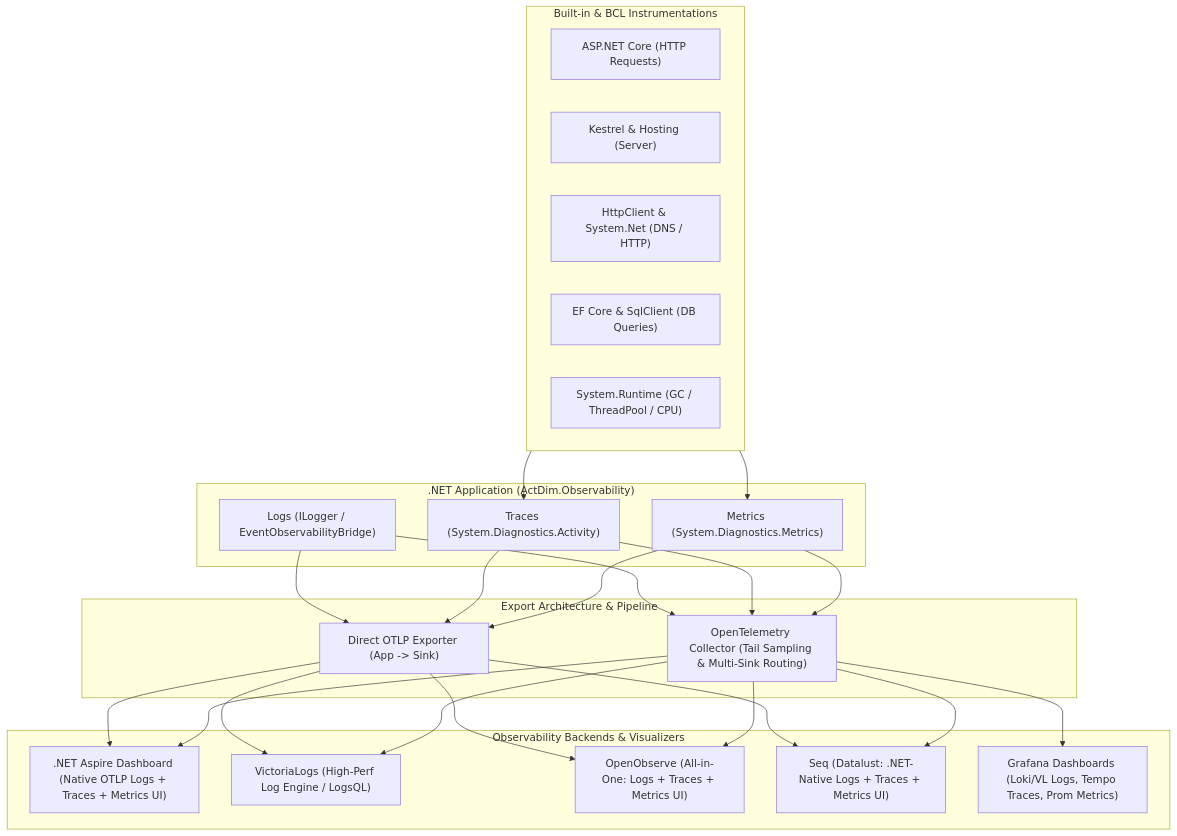
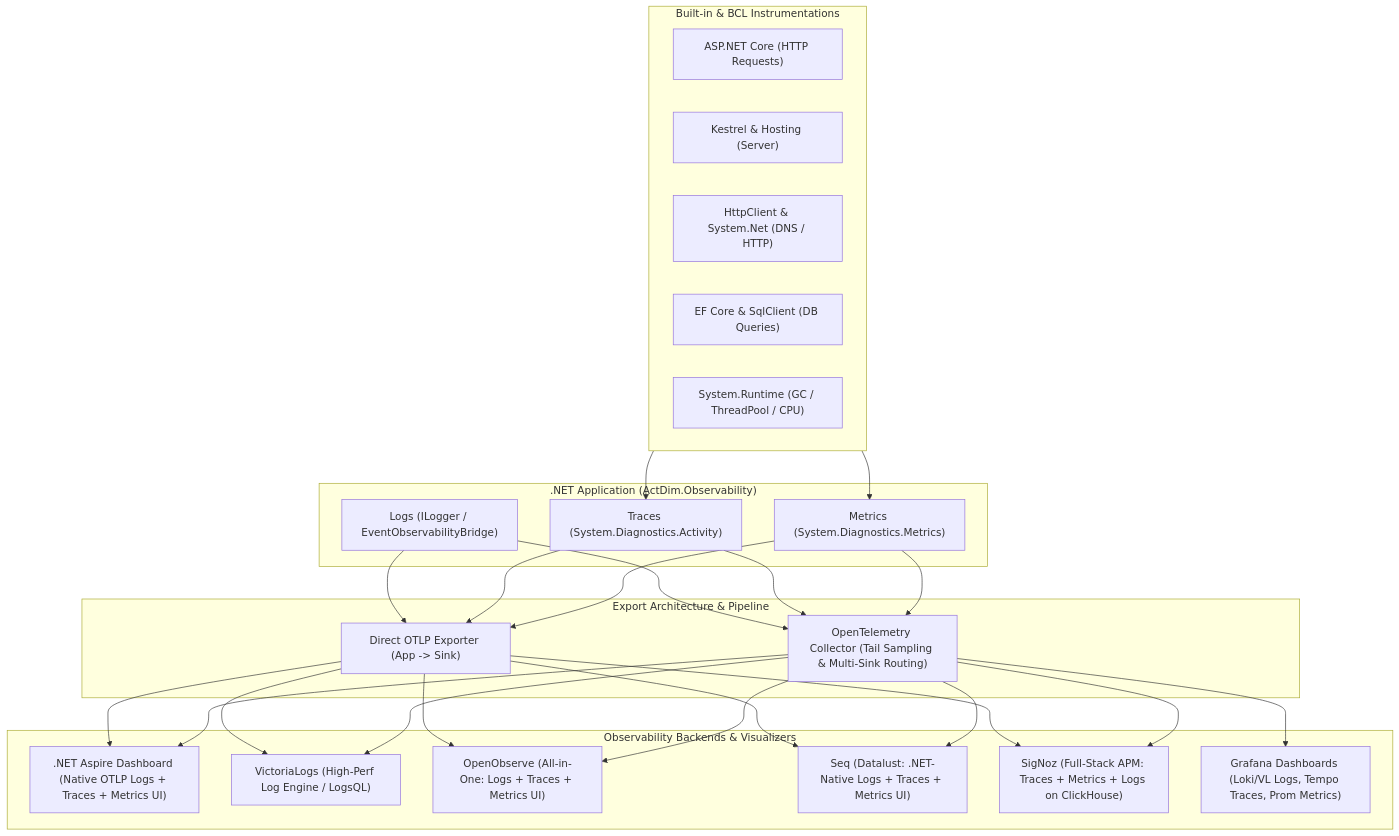
One commit to actdim/practix changed the first of 3 diagrams in ActDim.Observability/README.md. Above: the diagram before and after it, drawn with Mermaid. The commit also changed other lines of this file and 148 other files, not shown here.

````diff
--- a/ActDim.Observability/README.md
+++ b/ActDim.Observability/README.md
@@ -50,50 +51,53 @@
 ```mermaid
 flowchart TD
     subgraph App[".NET Application (ActDim.Observability)"]
         Logs["Logs (ILogger / EventObservabilityBridge)"]
         Traces["Traces (System.Diagnostics.Activity)"]
         Metrics["Metrics (System.Diagnostics.Metrics)"]
     end
 
     subgraph Instrumentations["Built-in & BCL Instrumentations"]
         ASPNET["ASP.NET Core (HTTP Requests)"]
         Kestrel["Kestrel & Hosting (Server)"]
         HTTP["HttpClient & System.Net (DNS / HTTP)"]
         EF["EF Core & SqlClient (DB Queries)"]
         Runtime["System.Runtime (GC / ThreadPool / CPU)"]
     end
 
     subgraph Collection["Export Architecture & Pipeline"]
         Direct["Direct OTLP Exporter (App -> Sink)"]
         Collector["OpenTelemetry Collector (Tail Sampling & Multi-Sink Routing)"]
     end
 
     subgraph Sinks["Observability Backends & Visualizers"]
         Aspire[".NET Aspire Dashboard (Native OTLP Logs + Traces + Metrics UI)"]
         VL["VictoriaLogs (High-Perf Log Engine / LogsQL)"]
         OO["OpenObserve (All-in-One: Logs + Traces + Metrics UI)"]
         Seq["Seq (Datalust: .NET-Native Logs + Traces + Metrics UI)"]
+        SigNoz["SigNoz (Full-Stack APM: Traces + Metrics + Logs on ClickHouse)"]
         Grafana["Grafana Dashboards (Loki/VL Logs, Tempo Traces, Prom Metrics)"]
     end
 
     Instrumentations --> Traces
     Instrumentations --> Metrics
 
     Logs --> Direct
     Traces --> Direct
     Metrics --> Direct
 
     Logs --> Collector
     Traces --> Collector
     Metrics --> Collector
 
     Direct --> Aspire
     Direct --> VL
     Direct --> OO
     Direct --> Seq
+    Direct --> SigNoz
     Collector --> Aspire
     Collector --> VL
     Collector --> OO
     Collector --> Seq
+    Collector --> SigNoz
     Collector --> Grafana
 ```
````
